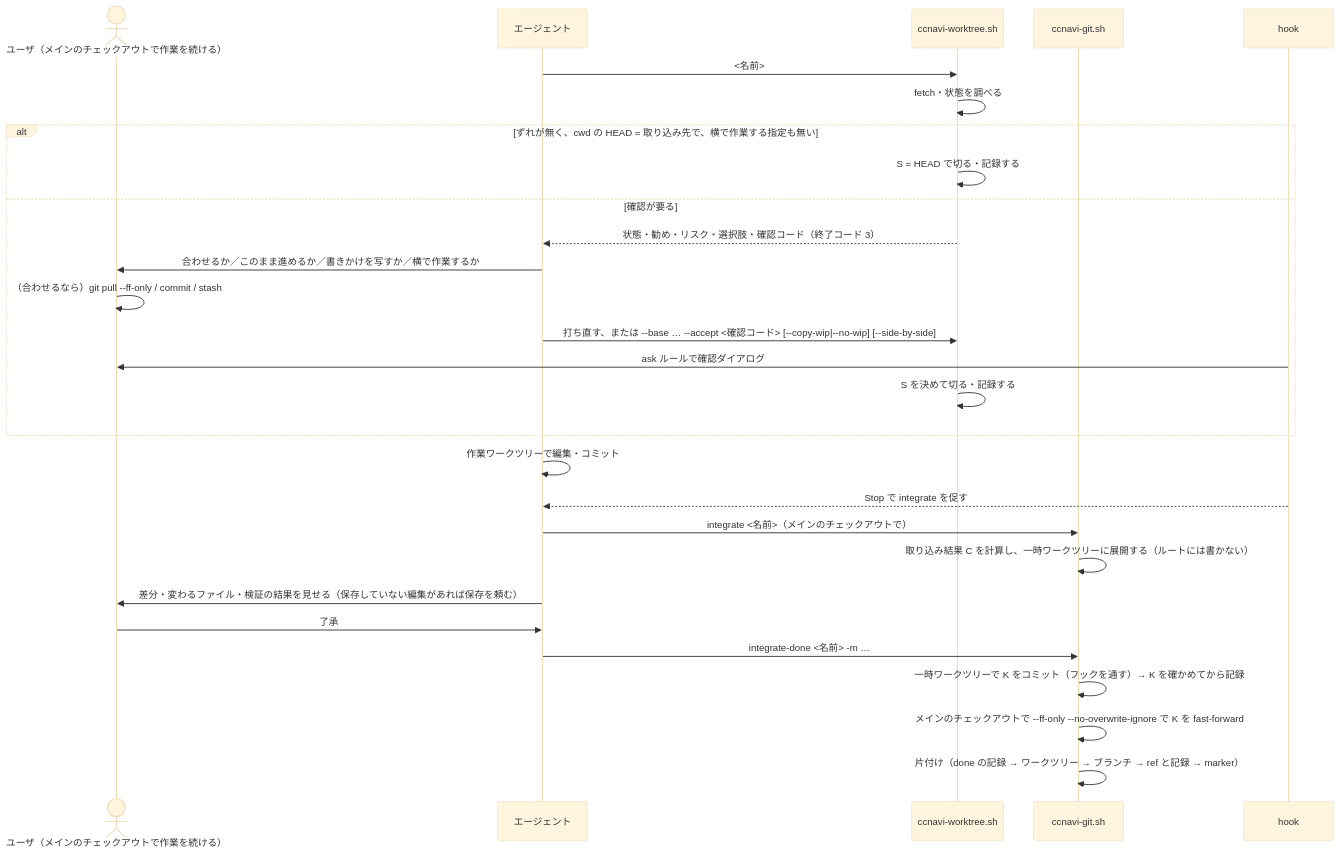
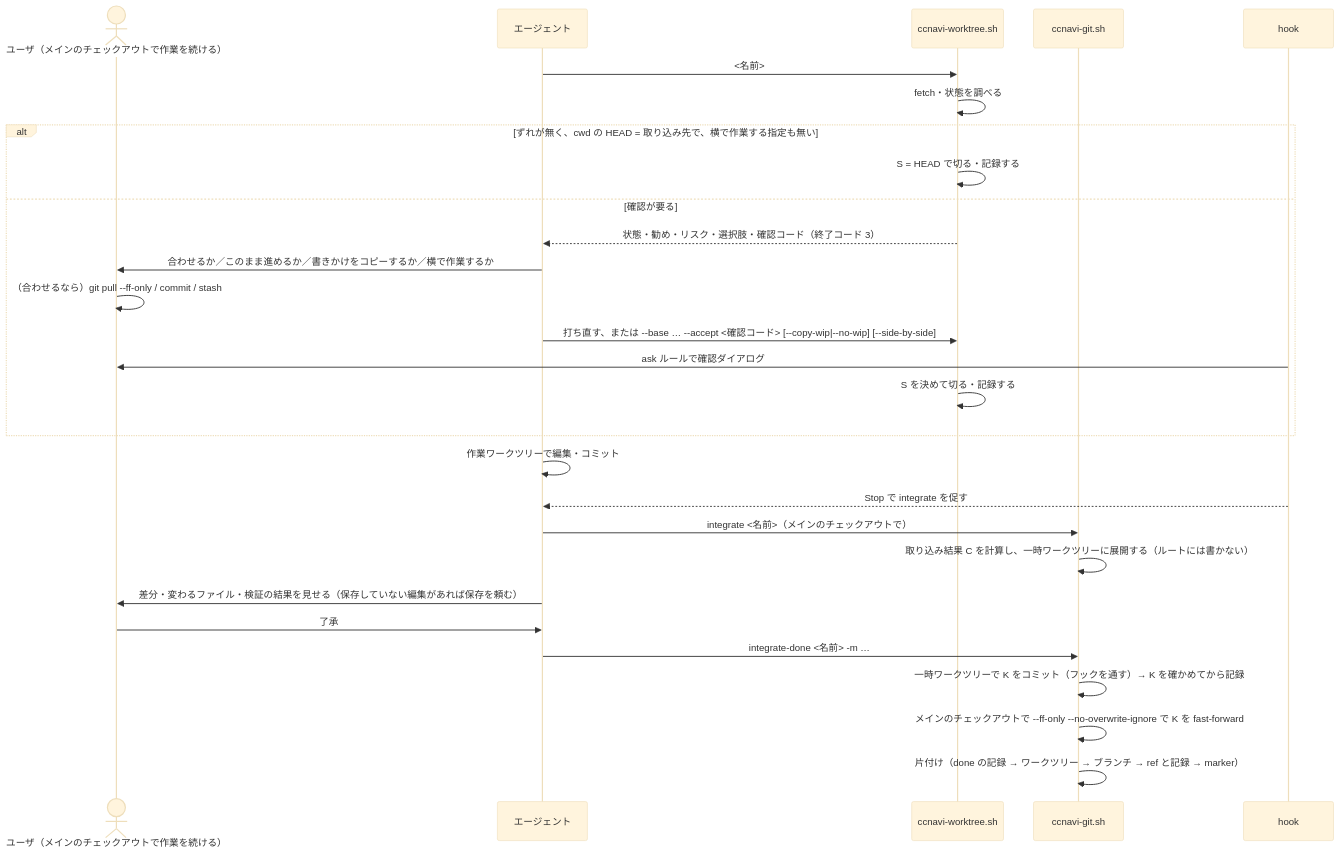
The diagram in .ccnavi/docs/direct-flow.md (yuki-matsu783/ccnavi), drawn with Mermaid (base theme) before and after one commit. The commit also changed other lines of this file and 866 other files, not shown here.

````diff
--- a/.ccnavi/docs/direct-flow.md
+++ b/.ccnavi/docs/direct-flow.md
@@ -53,30 +53,30 @@
 ```mermaid
 sequenceDiagram
   actor U as ユーザ（メインのチェックアウトで作業を続ける）
   participant A as エージェント
   participant W as ccnavi-worktree.sh
   participant G as ccnavi-git.sh
   participant H as hook
   A->>W: <名前>
   W->>W: fetch・状態を調べる
   alt ずれが無く、cwd の HEAD = 取り込み先で、横で作業する指定も無い
     W->>W: S = HEAD で切る・記録する
   else 確認が要る
     W-->>A: 状態・勧め・リスク・選択肢・確認コード（終了コード 3）
-    A->>U: 合わせるか／このまま進めるか／書きかけを写すか／横で作業するか
+    A->>U: 合わせるか／このまま進めるか／書きかけをコピーするか／横で作業するか
     U->>U: （合わせるなら）git pull --ff-only / commit / stash
     A->>W: 打ち直す、または --base … --accept <確認コード> [--copy-wip|--no-wip] [--side-by-side]
     H->>U: ask ルールで確認ダイアログ
     W->>W: S を決めて切る・記録する
   end
   A->>A: 作業ワークツリーで編集・コミット
   H-->>A: Stop で integrate を促す
   A->>G: integrate <名前>（メインのチェックアウトで）
   G->>G: 取り込み結果 C を計算し、一時ワークツリーに展開する（ルートには書かない）
   A->>U: 差分・変わるファイル・検証の結果を見せる（保存していない編集があれば保存を頼む）
   U->>A: 了承
   A->>G: integrate-done <名前> -m …
   G->>G: 一時ワークツリーで K をコミット（フックを通す）→ K を確かめてから記録
   G->>G: メインのチェックアウトで --ff-only --no-overwrite-ignore で K を fast-forward
   G->>G: 片付け（done の記録 → ワークツリー → ブランチ → ref と記録 → marker）
 ```
````
